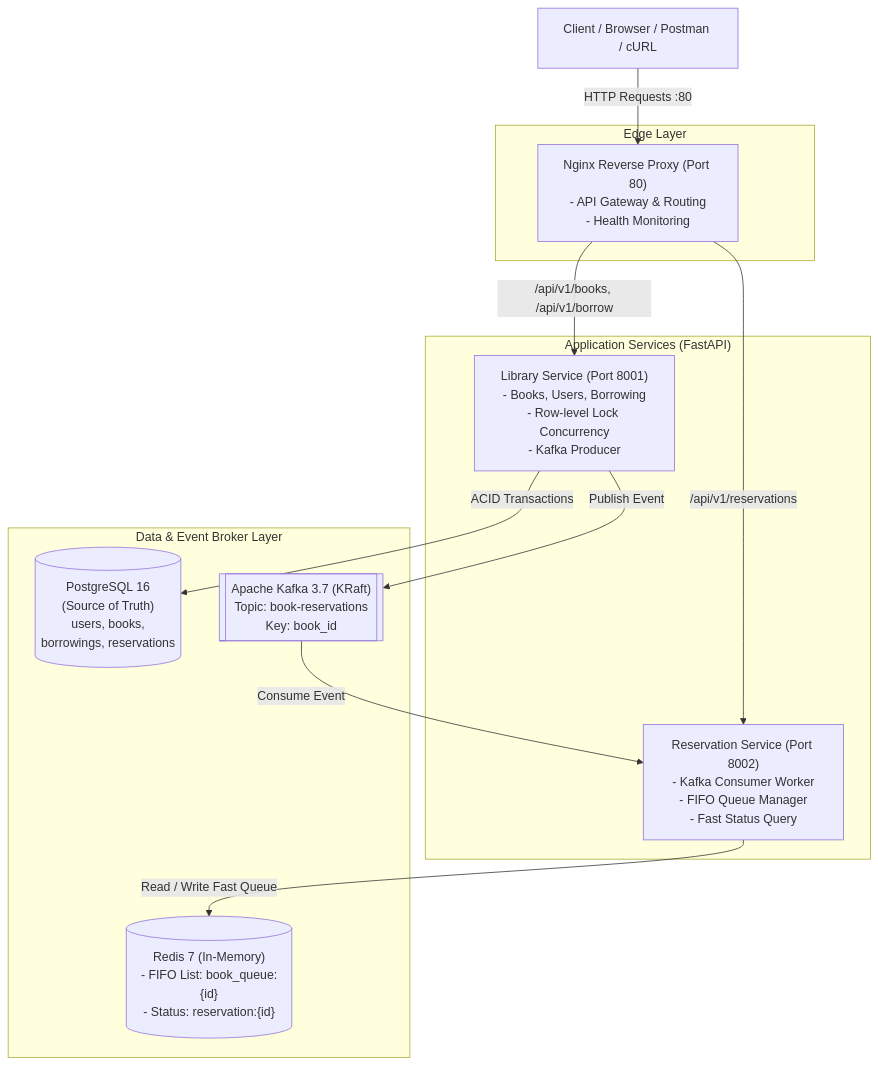
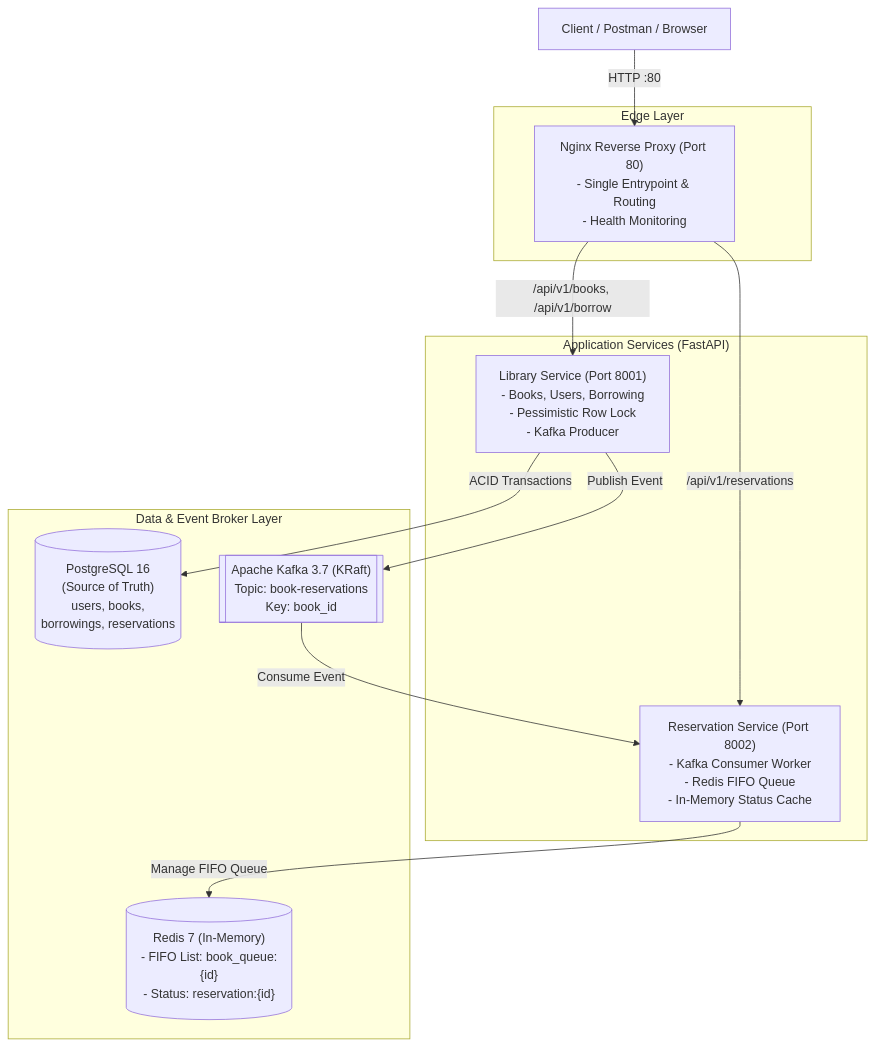
The first of 2 diagrams in README.md (TTung815/smart-library-reservation), drawn with Mermaid before and after one commit. The commit also changed other lines of this file and 1 other file, not shown here.

````diff
--- a/README.md
+++ b/README.md
@@ -21,29 +20,29 @@
 ```mermaid
 graph TD
-    Client["Client / Browser / Postman / cURL"]
+    Client["Client / Postman / Browser"]
 
     subgraph Edge ["Edge Layer"]
-        Nginx["Nginx Reverse Proxy (Port 80)\n- API Gateway & Routing\n- Health Monitoring"]
+        Nginx["Nginx Reverse Proxy (Port 80)\n- Single Entrypoint & Routing\n- Health Monitoring"]
     end
 
     subgraph AppServices ["Application Services (FastAPI)"]
-        LibSvc["Library Service (Port 8001)\n- Books, Users, Borrowing\n- Row-level Lock Concurrency\n- Kafka Producer"]
-        ResSvc["Reservation Service (Port 8002)\n- Kafka Consumer Worker\n- FIFO Queue Manager\n- Fast Status Query"]
+        LibSvc["Library Service (Port 8001)\n- Books, Users, Borrowing\n- Pessimistic Row Lock\n- Kafka Producer"]
+        ResSvc["Reservation Service (Port 8002)\n- Kafka Consumer Worker\n- Redis FIFO Queue\n- In-Memory Status Cache"]
     end
 
     subgraph DataLayer ["Data & Event Broker Layer"]
         Postgres[("PostgreSQL 16\n(Source of Truth)\nusers, books,\nborrowings, reservations")]
         KafkaBroker[["Apache Kafka 3.7 (KRaft)\nTopic: book-reservations\nKey: book_id"]]
         RedisCache[("Redis 7 (In-Memory)\n- FIFO List: book_queue:{id}\n- Status: reservation:{id}")]
     end
 
-    Client -->|HTTP Requests :80| Nginx
+    Client -->|HTTP :80| Nginx
     Nginx -->|/api/v1/books, /api/v1/borrow| LibSvc
     Nginx -->|/api/v1/reservations| ResSvc
 
     LibSvc -->|ACID Transactions| Postgres
     LibSvc -->|Publish Event| KafkaBroker
 
     KafkaBroker -->|Consume Event| ResSvc
-    ResSvc -->|Read / Write Fast Queue| RedisCache
+    ResSvc -->|Manage FIFO Queue| RedisCache
 ```
````
